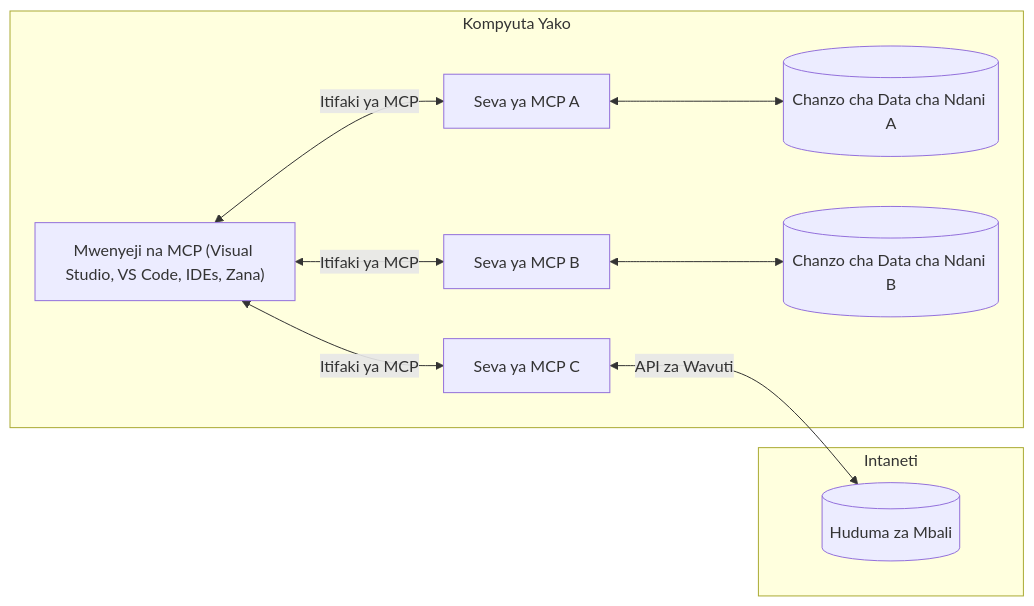
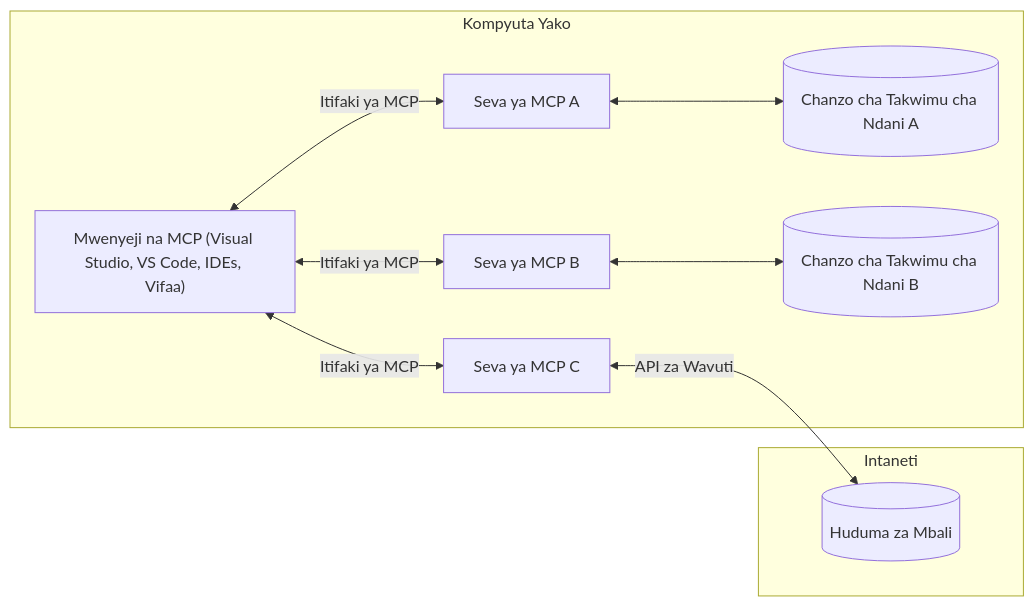
Before and after one commit to Mu-L/mcp-for-beginners: the diagram in translations/sw/01-CoreConcepts/README.md, drawn with Mermaid. The commit also changed other lines of this file and 110 other files, not shown here.

````diff
--- a/translations/sw/01-CoreConcepts/README.md
+++ b/translations/sw/01-CoreConcepts/README.md
@@ -45,17 +45,17 @@
 ```mermaid
 flowchart LR
     subgraph "Kompyuta Yako"
-        Host["Mwenyeji na MCP (Visual Studio, VS Code, IDEs, Zana)"]
+        Host["Mwenyeji na MCP (Visual Studio, VS Code, IDEs, Vifaa)"]
         S1["Seva ya MCP A"]
         S2["Seva ya MCP B"]
         S3["Seva ya MCP C"]
         Host <-->|"Itifaki ya MCP"| S1
         Host <-->|"Itifaki ya MCP"| S2
         Host <-->|"Itifaki ya MCP"| S3
-        S1 <--> D1[("Chanzo cha Data cha Ndani A")]
-        S2 <--> D2[("Chanzo cha Data cha Ndani B")]
+        S1 <--> D1[("Chanzo cha Takwimu cha Ndani A")]
+        S2 <--> D2[("Chanzo cha Takwimu cha Ndani B")]
     end
     subgraph "Intaneti"
         S3 <-->|"API za Wavuti"| D3[("Huduma za Mbali")]
     end
-```
+```  
````
